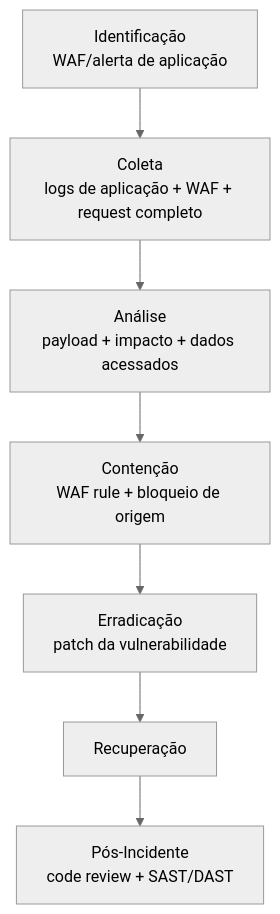
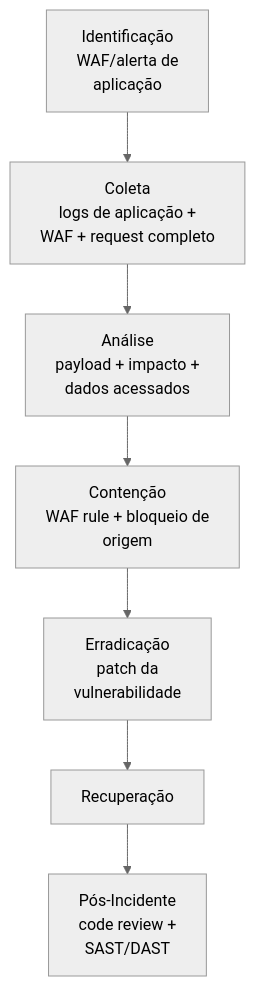
The diagram in Attack-Categories/Web-Attacks/README.md (LuucasVerdun/Cyber-Attack-Analysis-Framework), drawn with Mermaid (neutral theme) before and after one commit. The commit also changed 28 other files, not shown here.

````diff
--- a/Attack-Categories/Web-Attacks/README.md
+++ b/Attack-Categories/Web-Attacks/README.md
@@ -9,9 +9,9 @@
 ```mermaid
 flowchart TD
-    A[Identificação<br/>WAF/alerta de aplicação] --> B[Coleta<br/>logs de aplicação + WAF + request completo]
-    B --> C[Análise<br/>payload + impacto + dados acessados]
-    C --> D[Contenção<br/>WAF rule + bloqueio de origem]
-    D --> E[Erradicação<br/>patch da vulnerabilidade]
+    A[Identificação<br/>WAF/alerta de<br/>aplicação] --> B[Coleta<br/>logs de aplicação +<br/>WAF + request completo]
+    B --> C[Análise<br/>payload + impacto +<br/>dados acessados]
+    C --> D[Contenção<br/>WAF rule + bloqueio de<br/>origem]
+    D --> E[Erradicação<br/>patch da<br/>vulnerabilidade]
     E --> F[Recuperação]
-    F --> G[Pós-Incidente<br/>code review + SAST/DAST]
+    F --> G[Pós-Incidente<br/>code review +<br/>SAST/DAST]
 ```
````
